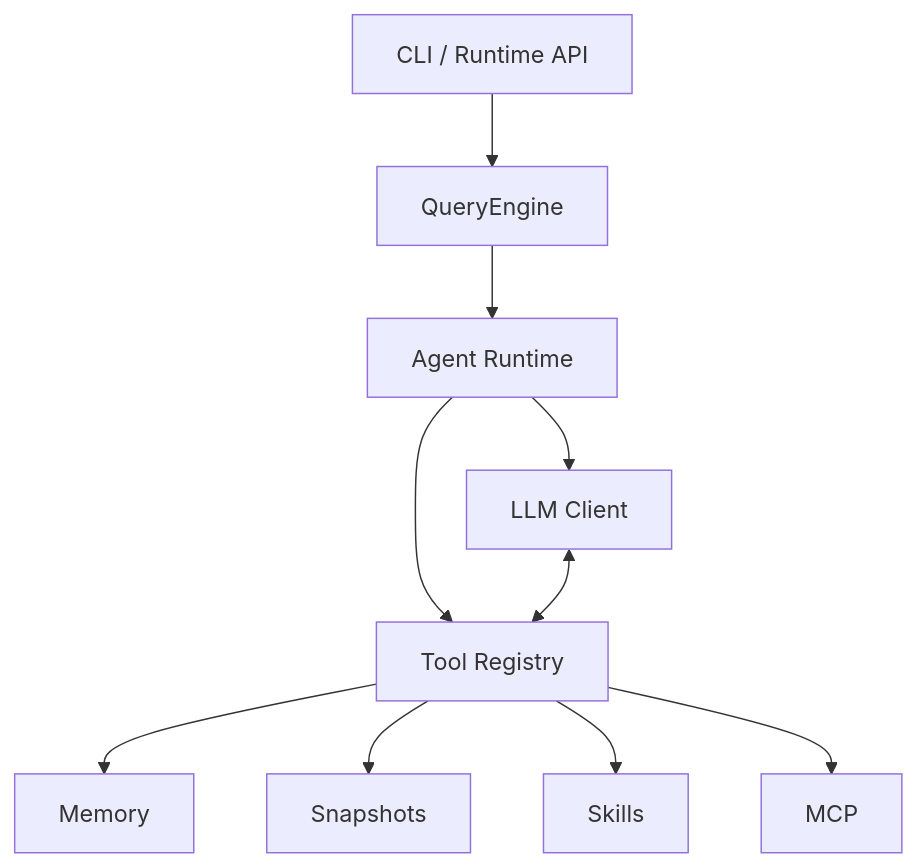
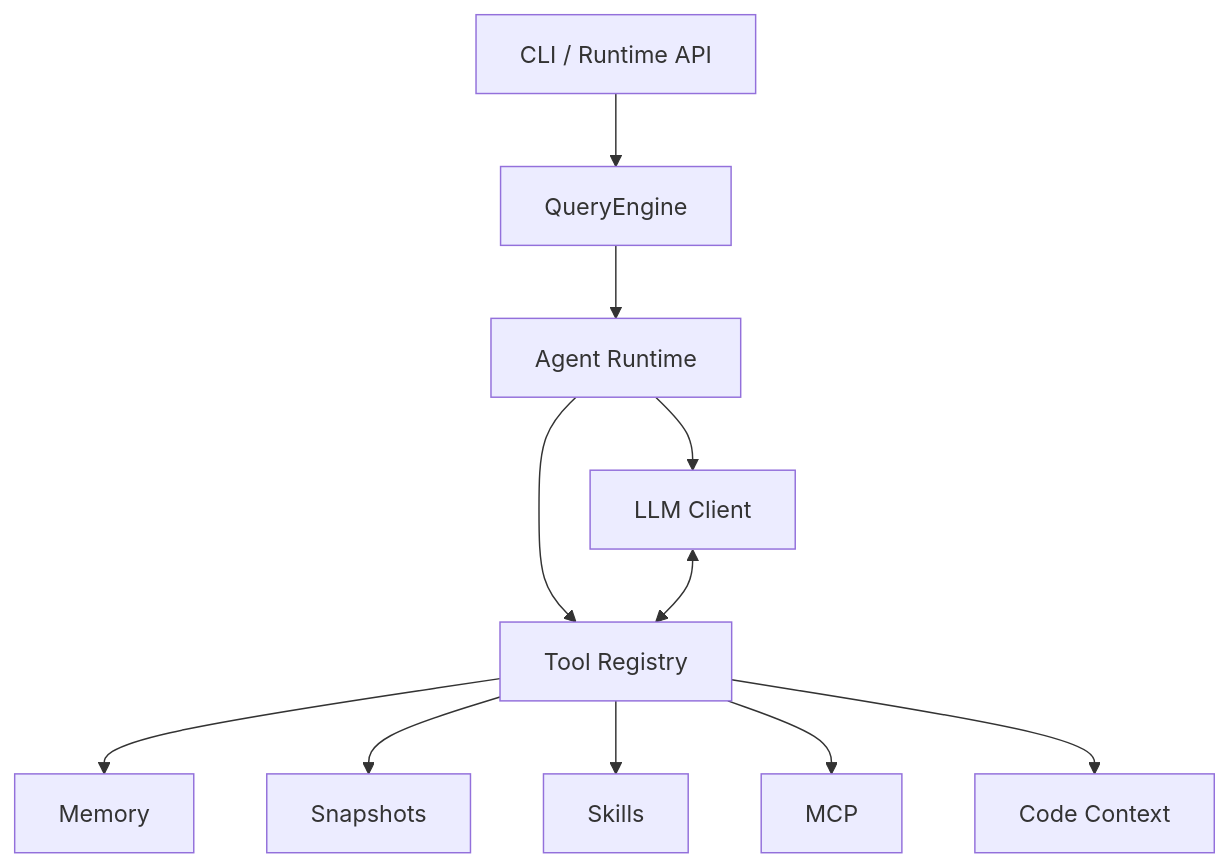
Before and after one commit to ZhangYiFan2003/axiom-agent: the diagram in README.md, drawn with Mermaid. The commit also changed other lines of this file and 20 other files, not shown here.

First line of the commit message:
feat: add graph-aware code context

````diff
--- a/README.md
+++ b/README.md
@@ -43,12 +45,13 @@
 ```mermaid
 flowchart TD
     A["CLI / Runtime API"] --> B["QueryEngine"]
     B --> C["Agent Runtime"]
     C --> D["LLM Client"]
     C --> E["Tool Registry"]
     D <--> E
     E --> F["Memory"]
     E --> G["Snapshots"]
     E --> H["Skills"]
     E --> I["MCP"]
+    E --> J["Code Context"]
 ```
````
